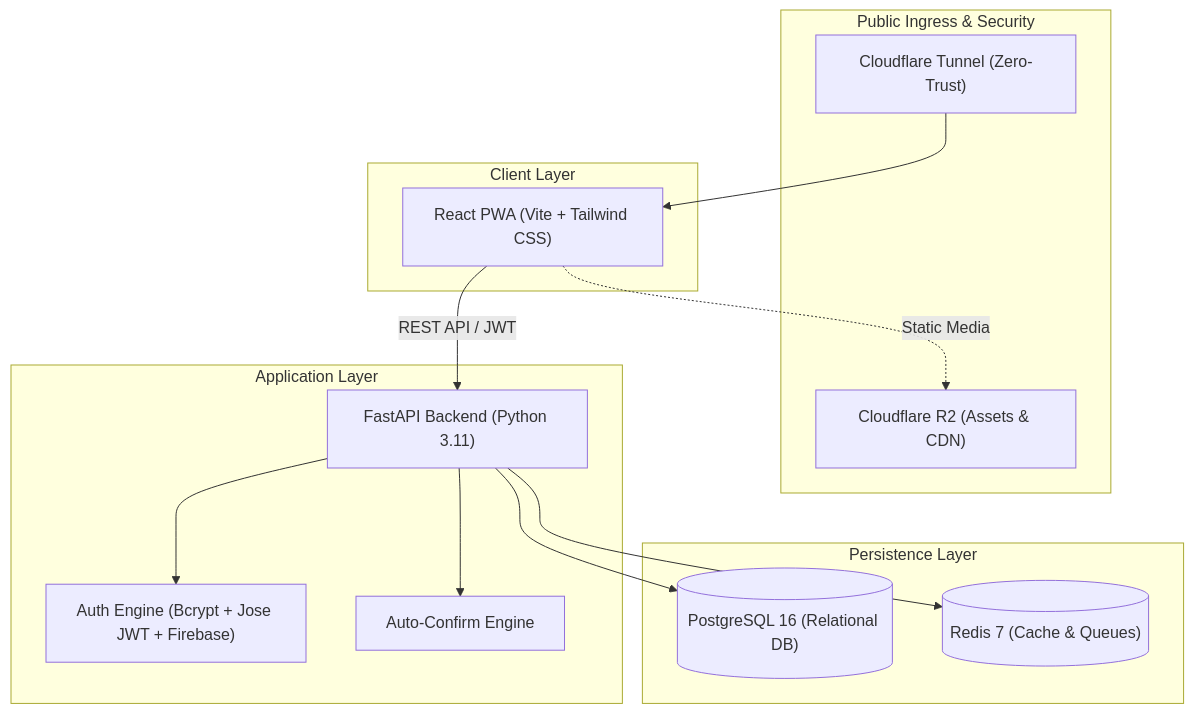
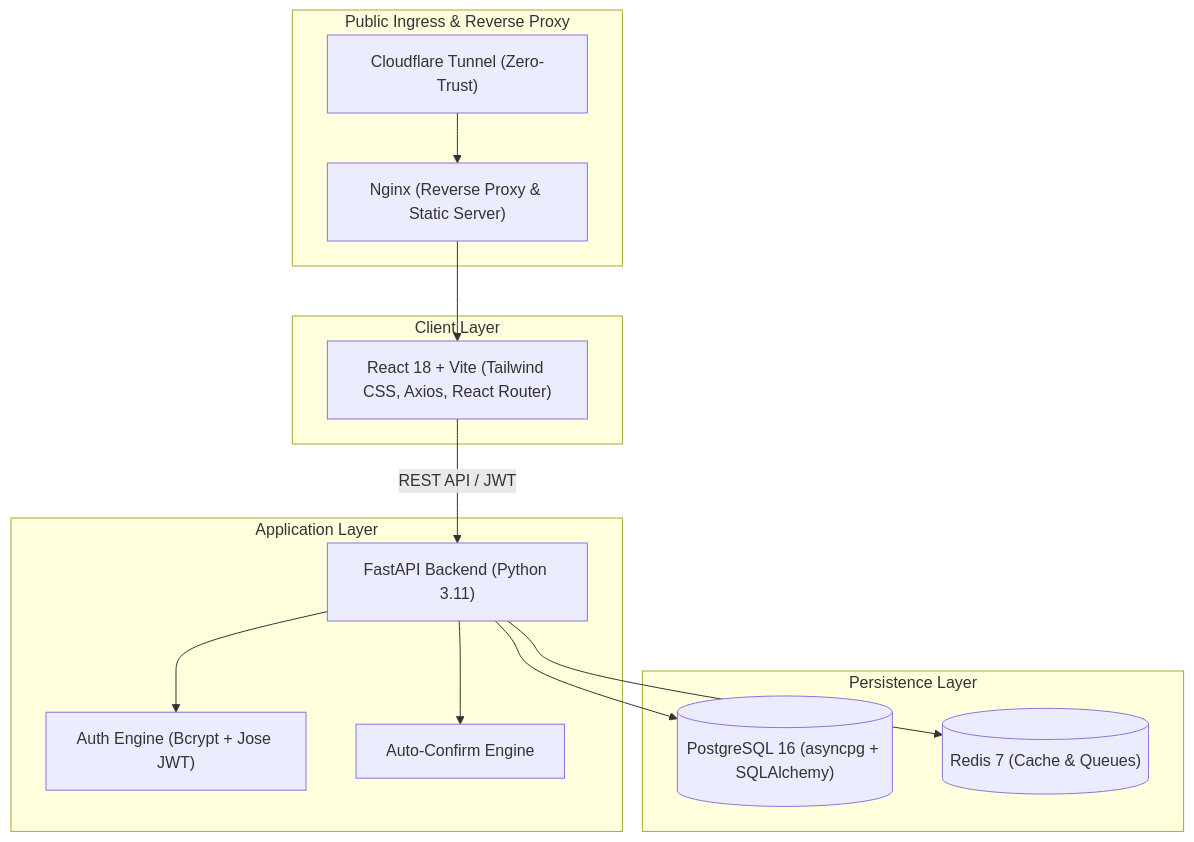
One commit to warinthestars/shift-scheduler changed the diagram in README.md. Above: the diagram before and after it, drawn with Mermaid. The commit also changed other lines of this file and 1 other file, not shown here.

````diff
--- a/README.md
+++ b/README.md
@@ -33,30 +45,30 @@
 ```mermaid
 flowchart TD
-    subgraph Ingress ["Public Ingress & Security"]
+    subgraph Ingress ["Public Ingress & Reverse Proxy"]
         CF["Cloudflare Tunnel (Zero-Trust)"]
-        R2["Cloudflare R2 (Assets & CDN)"]
+        NGINX["Nginx (Reverse Proxy & Static Server)"]
     end
 
     subgraph Client ["Client Layer"]
-        PWA["React PWA (Vite + Tailwind CSS)"]
+        PWA["React 18 + Vite (Tailwind CSS, Axios, React Router)"]
     end
 
     subgraph API ["Application Layer"]
         FastAPI["FastAPI Backend (Python 3.11)"]
-        Auth["Auth Engine (Bcrypt + Jose JWT + Firebase)"]
+        Auth["Auth Engine (Bcrypt + Jose JWT)"]
         AutoEngine["Auto-Confirm Engine"]
     end
 
     subgraph Persistence ["Persistence Layer"]
-        PG[("PostgreSQL 16 (Relational DB)")]
+        PG[("PostgreSQL 16 (asyncpg + SQLAlchemy)")]
         Redis[("Redis 7 (Cache & Queues)")]
     end
 
-    CF --> PWA
+    CF --> NGINX
+    NGINX --> PWA
     PWA -->|REST API / JWT| FastAPI
-    PWA -.->|Static Media| R2
     FastAPI --> Auth
     FastAPI --> AutoEngine
     FastAPI --> PG
     FastAPI --> Redis
 ```
````
